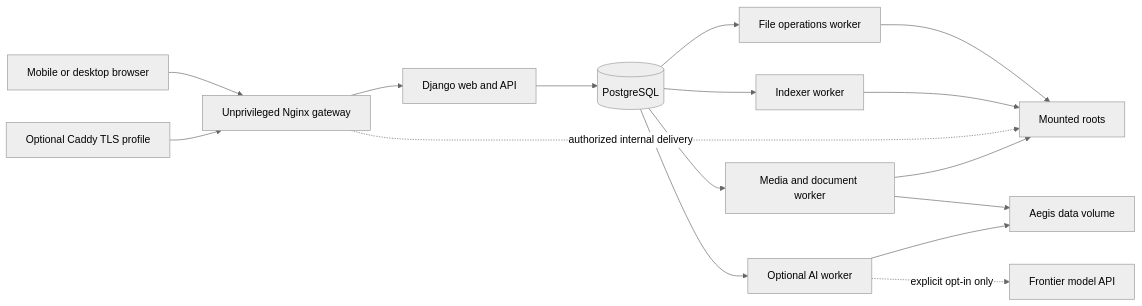
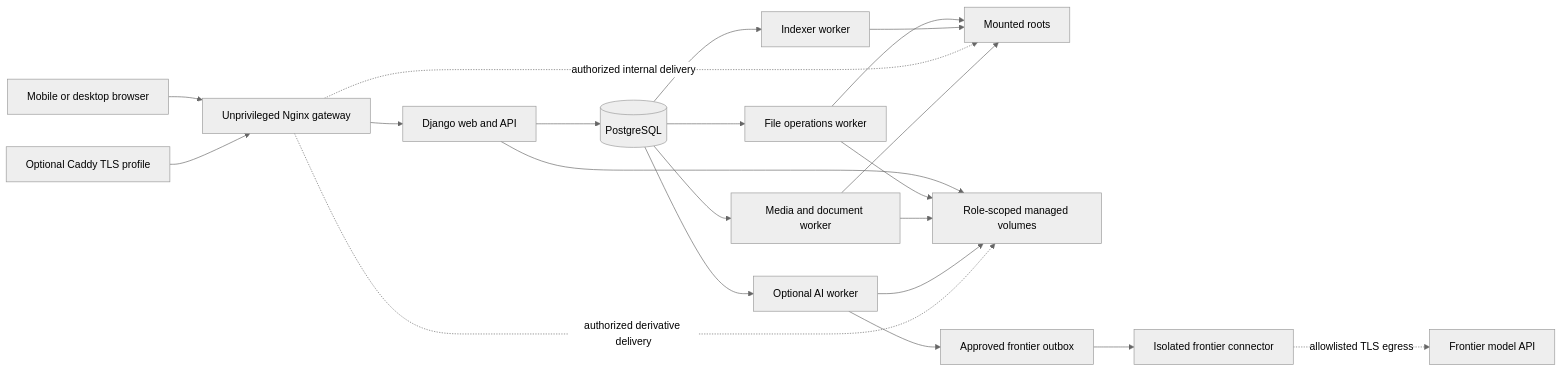
The diagram in docs/superpowers/specs/2026-08-31-aegis-platform-rewrite-design.md (troja-gnister/aegis), drawn with Mermaid (neutral theme) before and after one commit. The commit also changed other lines of this file and 1 other file, not shown here.

Commit message:
docs: harden rewrite architecture contracts

```diff
--- a/docs/superpowers/specs/2026-08-31-aegis-platform-rewrite-design.md
+++ b/docs/superpowers/specs/2026-08-31-aegis-platform-rewrite-design.md
@@ -108,18 +120,23 @@
 ~~~mermaid
 flowchart LR
     B[Mobile or desktop browser] --> G[Unprivileged Nginx gateway]
     T[Optional Caddy TLS profile] --> G
     G --> W[Django web and API]
     W --> P[(PostgreSQL)]
     P --> O[File operations worker]
     P --> I[Indexer worker]
     P --> M[Media and document worker]
     P --> A[Optional AI worker]
     O --> R[Mounted roots]
     I --> R
     G -. authorized internal delivery .-> R
     M --> R
-    M --> D[Aegis data volume]
+    W --> D[Role-scoped managed volumes]
+    O --> D
+    M --> D
     A --> D
-    A -. explicit opt-in only .-> F[Frontier model API]
+    G -. authorized derivative delivery .-> D
+    A --> E[Approved frontier outbox]
+    E --> C[Isolated frontier connector]
+    C -. allowlisted TLS egress .-> F[Frontier model API]
 ~~~
```
